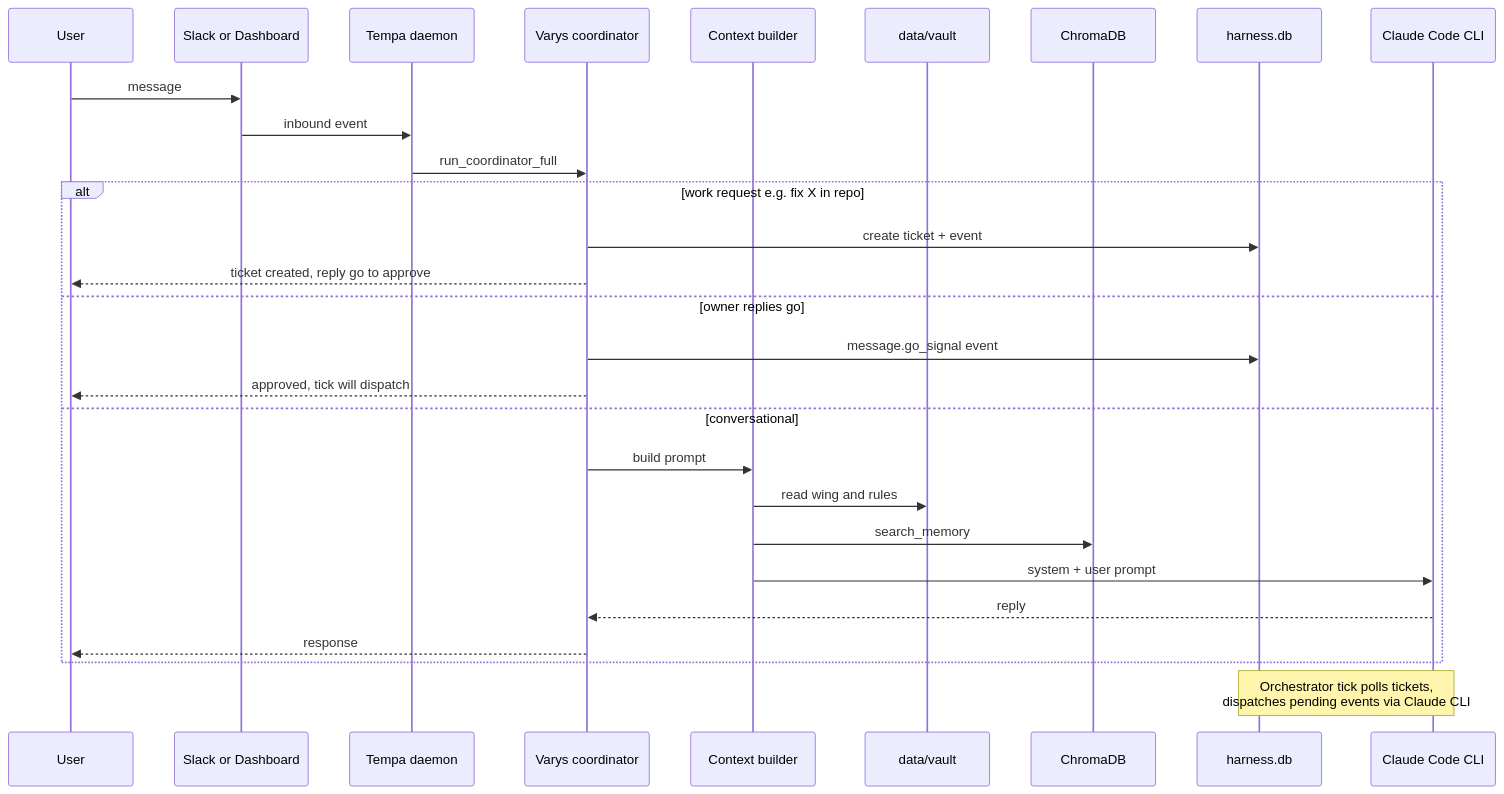
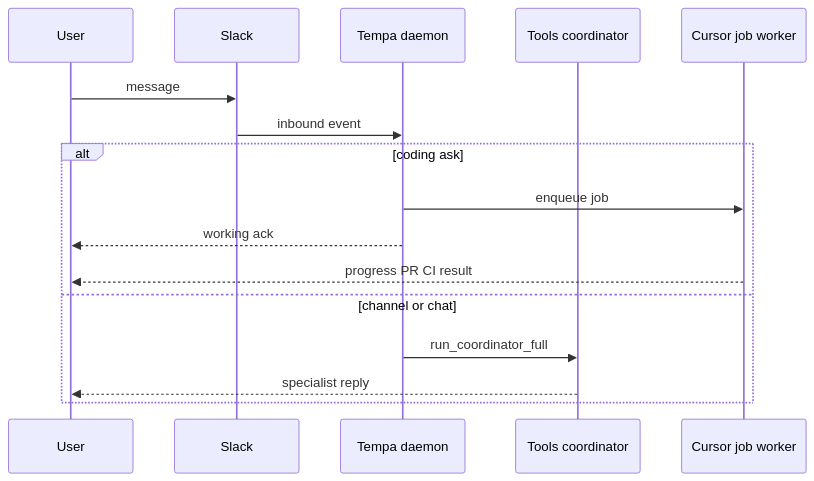
Before and after one commit to Haroon966/Tempa: the second of 4 diagrams in README.md, drawn with Mermaid. The commit also changed other lines of this file and 135 other files, not shown here.

````diff
--- a/README.md
+++ b/README.md
@@ -146,33 +133,20 @@
 ```mermaid
 sequenceDiagram
     participant User
-    participant Channel as Slack or Dashboard
+    participant Slack
     participant Daemon as Tempa daemon
-    participant Coord as Varys coordinator
-    participant Ctx as Context builder
-    participant Vault as data/vault
-    participant RAG as ChromaDB
-    participant Harness as harness.db
-    participant Claude as Claude Code CLI
+    participant Coord as Tools coordinator
+    participant Cursor as Cursor job worker
 
-    User->>Channel: message
-    Channel->>Daemon: inbound event
-    Daemon->>Coord: run_coordinator_full
+    User->>Slack: message
+    Slack->>Daemon: inbound event
 
-    alt work request e.g. fix X in repo
-        Coord->>Harness: create ticket + event
-        Coord-->>User: ticket created, reply go to approve
-    else owner replies go
-        Coord->>Harness: message.go_signal event
-        Coord-->>User: approved, tick will dispatch
-    else conversational
-        Coord->>Ctx: build prompt
-        Ctx->>Vault: read wing and rules
-        Ctx->>RAG: search_memory
-        Ctx->>Claude: system + user prompt
-        Claude-->>Coord: reply
-        Coord-->>User: response
+    alt coding ask
+        Daemon->>Cursor: enqueue job
+        Daemon-->>User: working ack
+        Cursor-->>User: progress PR CI result
+    else channel or chat
+        Daemon->>Coord: run_coordinator_full
+        Coord-->>User: specialist reply
     end
-
-    Note over Harness,Claude: Orchestrator tick polls tickets,<br/>dispatches pending events via Claude CLI
 ```
````
